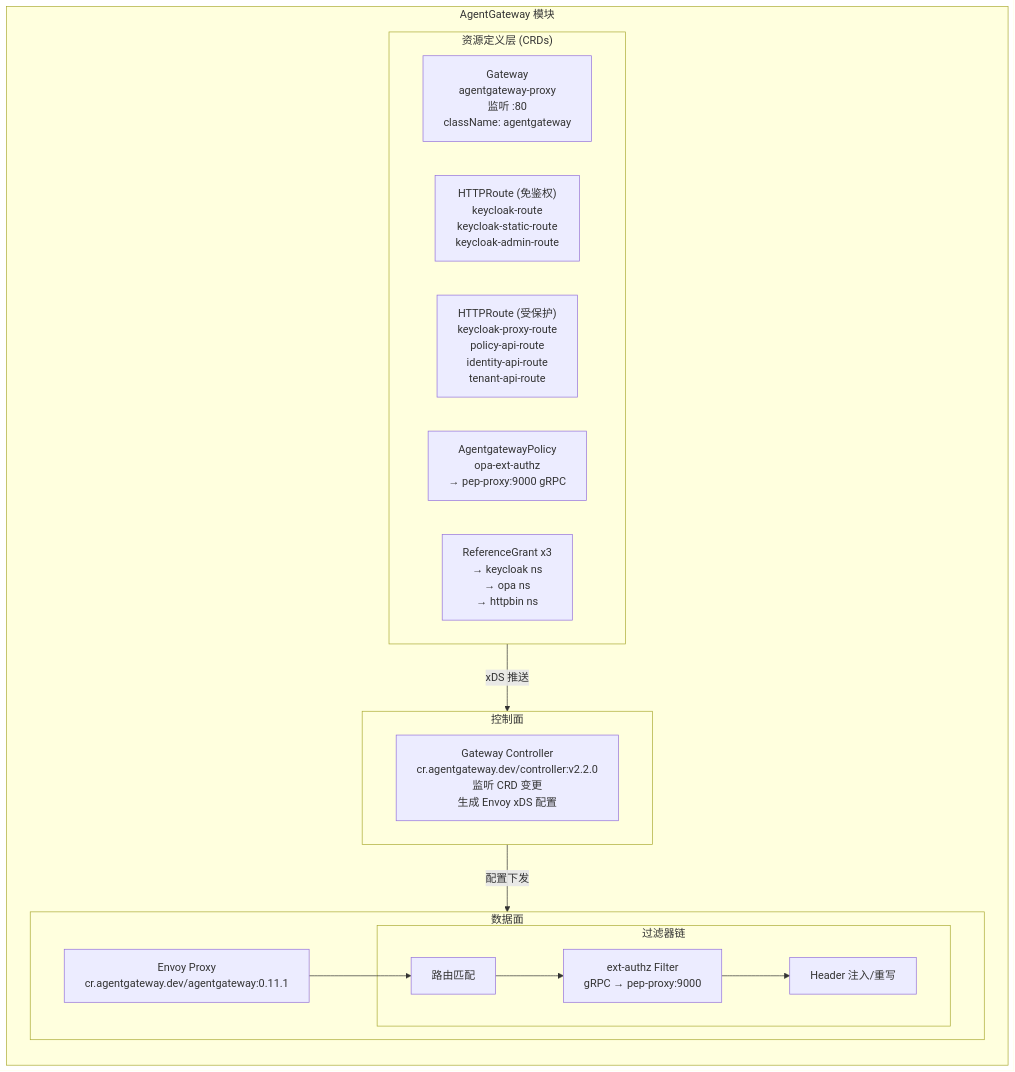
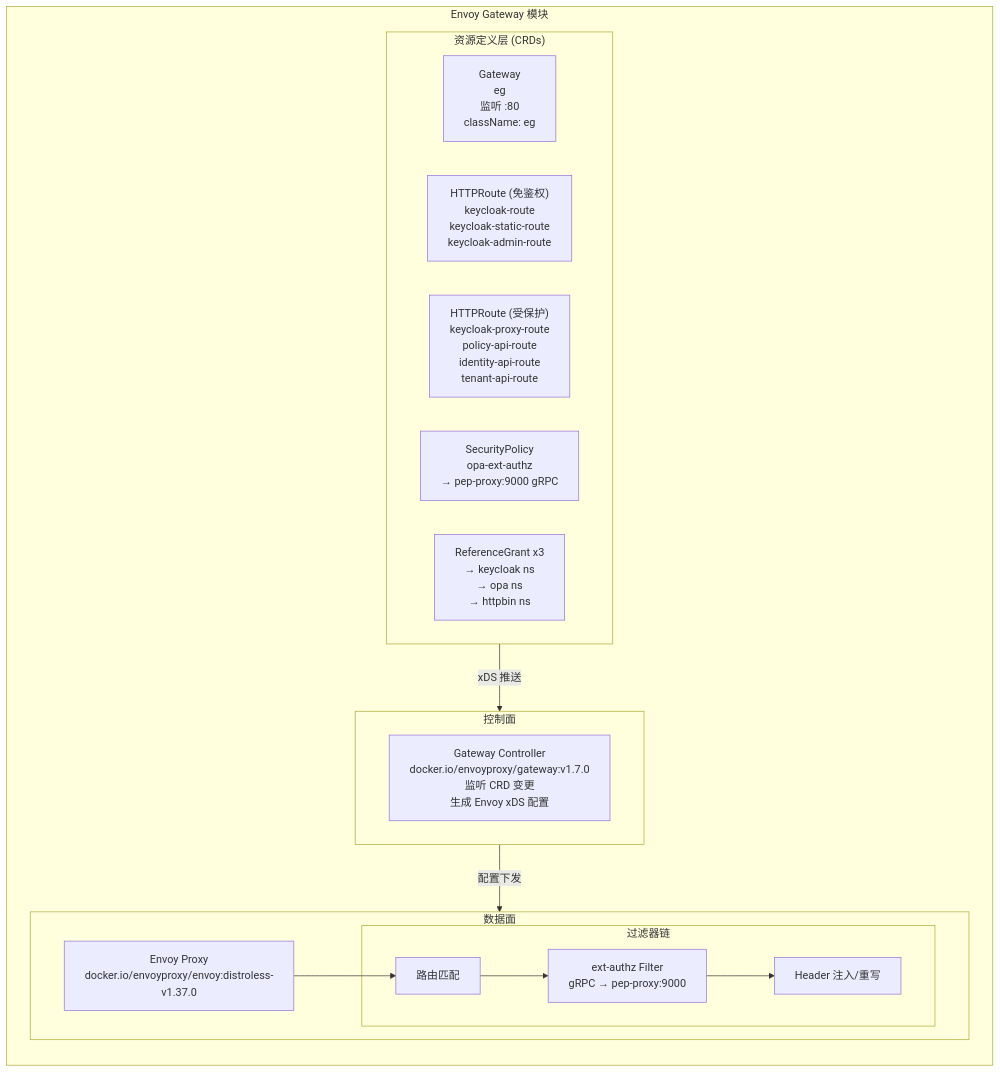
One commit to xiewanchao/aidp-iam changed diagram 15 of 17 in da-cluster/docs/design-specification.md. Above: the diagram before and after it, drawn with Mermaid. The commit also changed other lines of this file and 47 other files, not shown here.

First line of the commit message:
feat: migrate gateway from AgentGateway to Envoy Gateway v1.7.0

````diff
--- a/da-cluster/docs/design-specification.md
+++ b/da-cluster/docs/design-specification.md
@@ -941,34 +941,34 @@
 ```mermaid
 graph TB
-    subgraph AgentGateway 模块
+    subgraph Envoy Gateway 模块
         direction TB
 
         subgraph CRD_Layer["资源定义层 (CRDs)"]
             direction LR
-            GW["Gateway<br/>agentgateway-proxy<br/>监听 :80<br/>className: agentgateway"]
+            GW["Gateway<br/>eg<br/>监听 :80<br/>className: eg"]
             HR1["HTTPRoute (免鉴权)<br/>keycloak-route<br/>keycloak-static-route<br/>keycloak-admin-route"]
             HR2["HTTPRoute (受保护)<br/>keycloak-proxy-route<br/>policy-api-route<br/>identity-api-route<br/>tenant-api-route"]
-            AP["AgentgatewayPolicy<br/>opa-ext-authz<br/>→ pep-proxy:9000 gRPC"]
+            AP["SecurityPolicy<br/>opa-ext-authz<br/>→ pep-proxy:9000 gRPC"]
             RG["ReferenceGrant x3<br/>→ keycloak ns<br/>→ opa ns<br/>→ httpbin ns"]
         end
 
         subgraph Control_Plane["控制面"]
-            CTRL["Gateway Controller<br/>cr.agentgateway.dev/controller:v2.2.0<br/>监听 CRD 变更<br/>生成 Envoy xDS 配置"]
+            CTRL["Gateway Controller<br/>docker.io/envoyproxy/gateway:v1.7.0<br/>监听 CRD 变更<br/>生成 Envoy xDS 配置"]
         end
 
         subgraph Data_Plane["数据面"]
-            ENVOY["Envoy Proxy<br/>cr.agentgateway.dev/agentgateway:0.11.1"]
+            ENVOY["Envoy Proxy<br/>docker.io/envoyproxy/envoy:distroless-v1.37.0"]
             subgraph Filters["过滤器链"]
                 ROUTE_FILTER["路由匹配"]
                 EXTAUTH_FILTER["ext-authz Filter<br/>gRPC → pep-proxy:9000"]
                 HEADER_FILTER["Header 注入/重写"]
             end
         end
     end
 
     CRD_Layer -->|xDS 推送| Control_Plane
     Control_Plane -->|配置下发| Data_Plane
     ENVOY --> ROUTE_FILTER
     ROUTE_FILTER --> EXTAUTH_FILTER
     EXTAUTH_FILTER --> HEADER_FILTER
 ```
````
